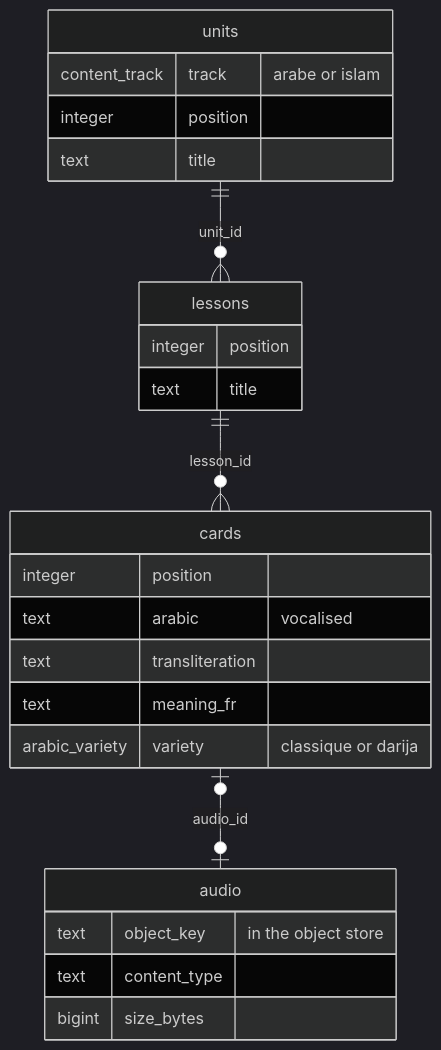
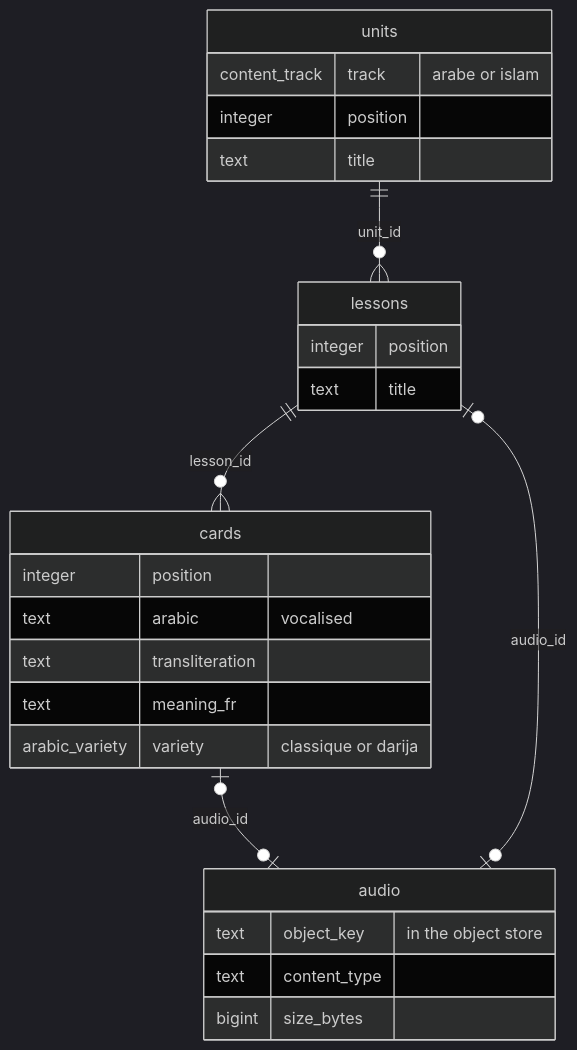
The second of 6 diagrams in ARCHITECTURE.md (therealm-tech/convertisseur), drawn with Mermaid (dark theme) before and after one commit. The commit also changed other lines of this file and 41 other files, not shown here.

````diff
--- a/ARCHITECTURE.md
+++ b/ARCHITECTURE.md
@@ -121,27 +121,28 @@
 ```mermaid
 erDiagram
     units ||--o{ lessons : "unit_id"
     lessons ||--o{ cards : "lesson_id"
     cards |o--o| audio : "audio_id"
+    lessons |o--o| audio : "audio_id"
     units {
         content_track track "arabe or islam"
         integer position
         text title
     }
     lessons {
         integer position
         text title
     }
     cards {
         integer position
         text arabic "vocalised"
         text transliteration
         text meaning_fr
         arabic_variety variety "classique or darija"
     }
     audio {
         text object_key "in the object store"
         text content_type
         bigint size_bytes
     }
 ```
````
